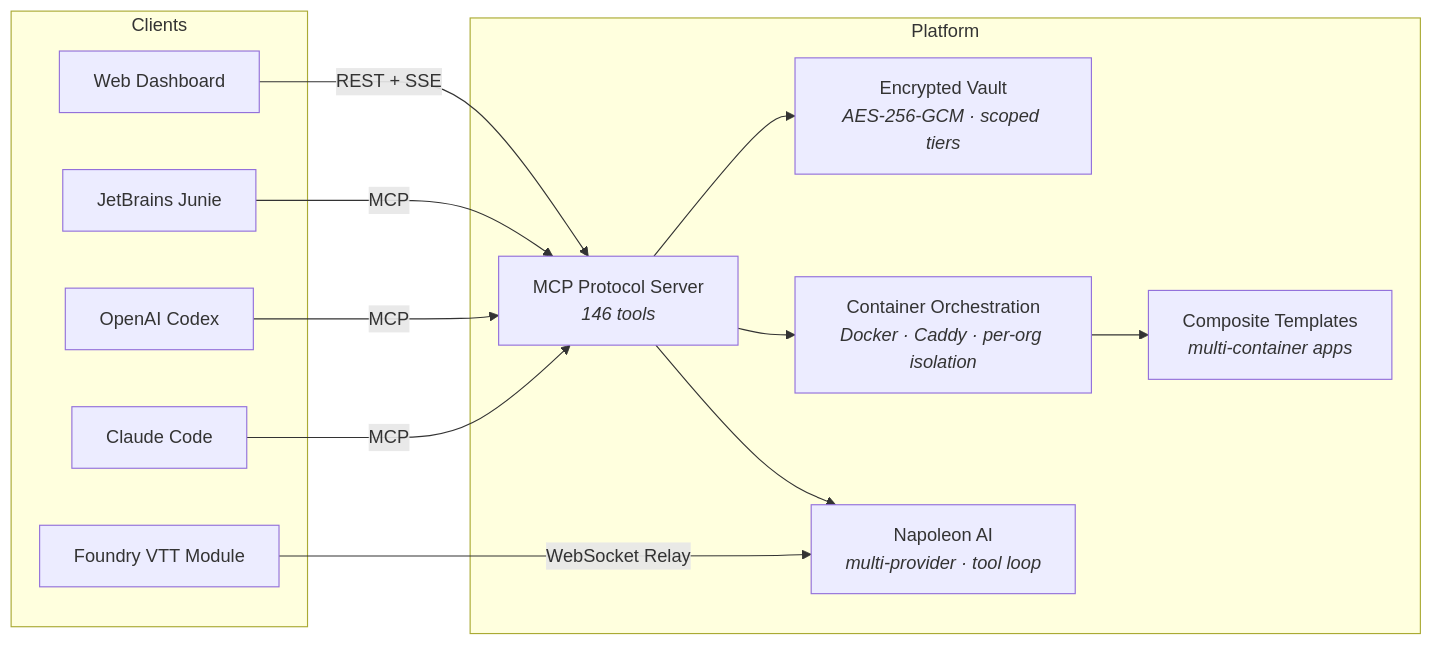
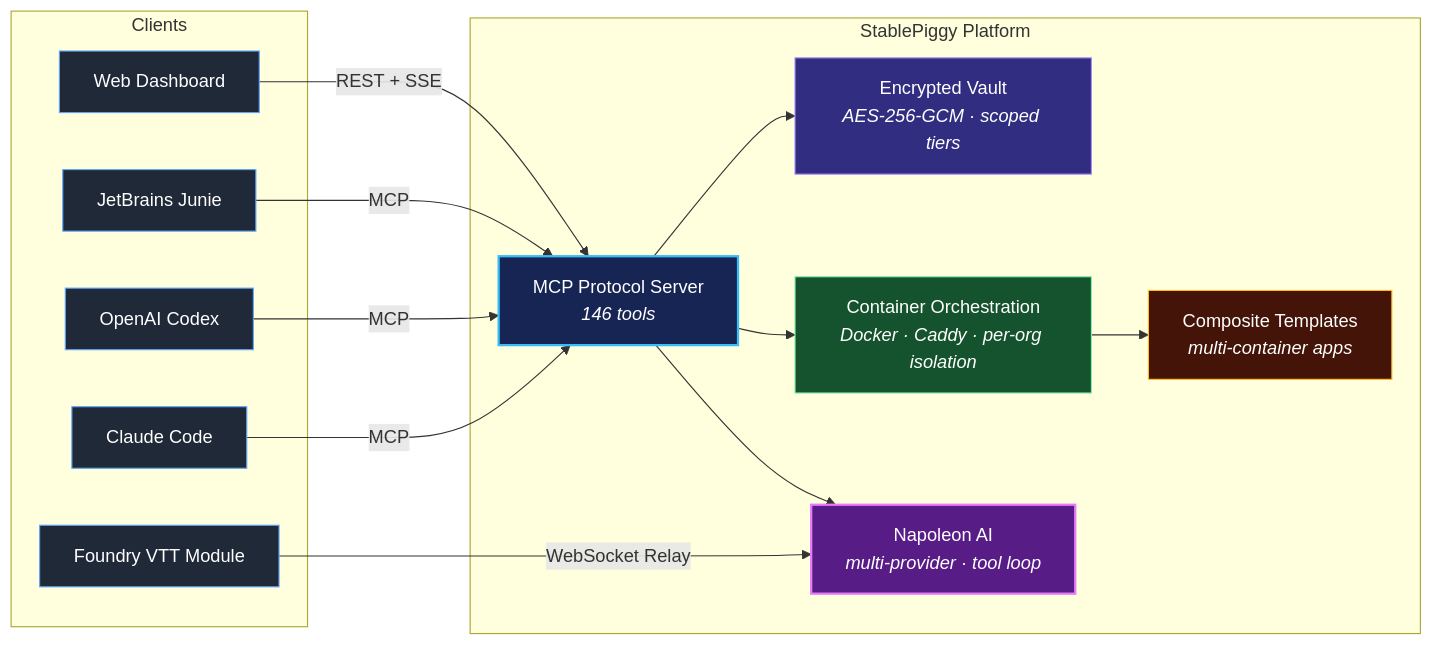
One commit to savevsgames/savevsgames changed the first of 2 diagrams in README.md. Above: the diagram before and after it, drawn with Mermaid.

Commit message:
Revise README diagram for StablePiggy Platform
Updated the diagram in the README to clarify the structure of the StablePiggy Platform and its clients.

````diff
--- a/README.md
+++ b/README.md
@@ -39,28 +39,43 @@
 ```mermaid
 graph LR
-    subgraph Platform
-        MCP[MCP Protocol Server<br><em>146 tools</em>]
-        Vault[Encrypted Vault<br><em>AES-256-GCM · scoped tiers</em>]
-        Containers[Container Orchestration<br><em>Docker · Caddy · per-org isolation</em>]
-        Bundles[Composite Templates<br><em>multi-container apps</em>]
-        Napoleon[Napoleon AI<br><em>multi-provider · tool loop</em>]
+    subgraph Clients["Clients"]
+        Dashboard["Web Dashboard"]
+        Junie["JetBrains Junie"]
+        Codex["OpenAI Codex"]
+        Claude["Claude Code"]
+        Foundry["Foundry VTT Module"]
     end
 
-    subgraph Clients
-        Claude[Claude Code]
-        Codex[OpenAI Codex]
-        Junie[JetBrains Junie]
-        Foundry[Foundry VTT Module]
-        Dashboard[Web Dashboard]
+    subgraph Platform["StablePiggy Platform"]
+        MCP["MCP Protocol Server<br/><em>146 tools</em>"]
+        Vault["Encrypted Vault<br/><em>AES-256-GCM · scoped tiers</em>"]
+        Containers["Container Orchestration<br/><em>Docker · Caddy · per-org isolation</em>"]
+        Bundles["Composite Templates<br/><em>multi-container apps</em>"]
+        Napoleon["Napoleon AI<br/><em>multi-provider · tool loop</em>"]
     end
 
+    Dashboard -->|REST + SSE| MCP
+    Junie -->|MCP| MCP
+    Codex -->|MCP| MCP
     Claude -->|MCP| MCP
-    Codex -->|MCP| MCP
-    Junie -->|MCP| MCP
     Foundry -->|WebSocket Relay| Napoleon
-    Dashboard -->|REST + SSE| MCP
+
     MCP --> Vault
     MCP --> Containers
     MCP --> Napoleon
     Containers --> Bundles
+
+    class Dashboard,Junie,Codex,Claude,Foundry client;
+    class MCP core;
+    class Vault secure;
+    class Containers infra;
+    class Bundles app;
+    class Napoleon ai;
+
+    classDef client fill:#1f2937,stroke:#60a5fa,color:#ffffff,stroke-width:1px;
+    classDef core fill:#172554,stroke:#38bdf8,color:#ffffff,stroke-width:2px;
+    classDef secure fill:#312e81,stroke:#a78bfa,color:#ffffff,stroke-width:1px;
+    classDef infra fill:#14532d,stroke:#86efac,color:#ffffff,stroke-width:1px;
+    classDef app fill:#431407,stroke:#fbbf24,color:#ffffff,stroke-width:1px;
+    classDef ai fill:#581c87,stroke:#e879f9,color:#ffffff,stroke-width:2px;
 ```
````
